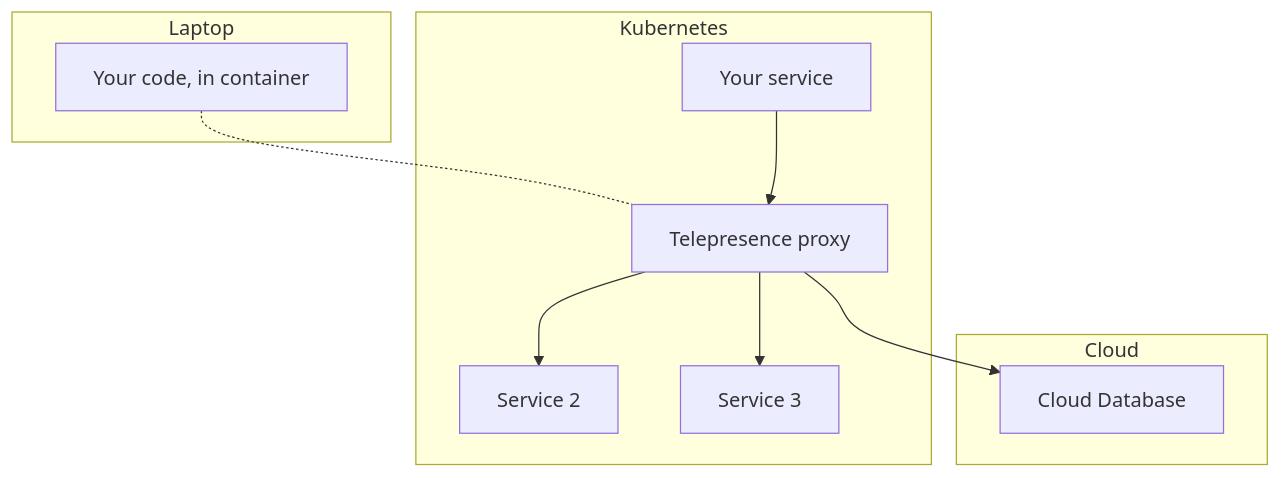
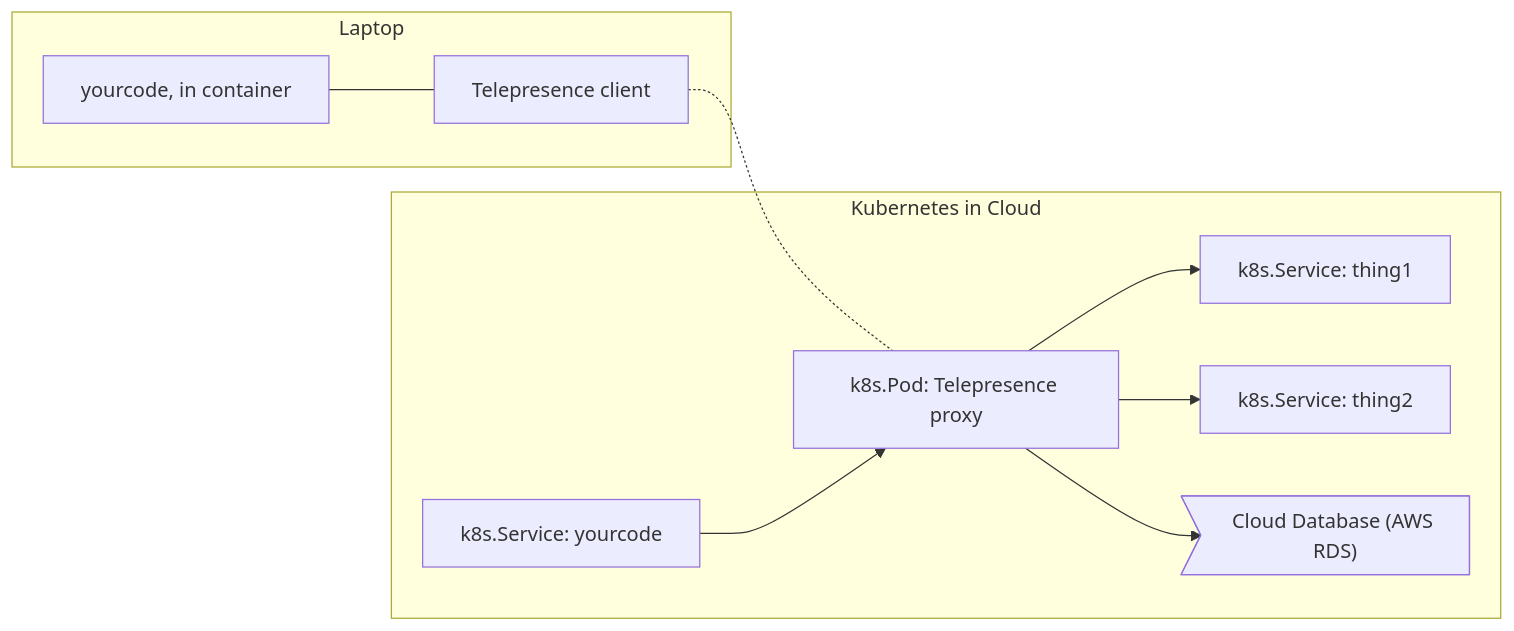
The second of 2 diagrams in index.md (telepresenceio/telepresence.io), drawn with Mermaid before and after one commit. The commit also changed other lines of this file, not shown here.

```diff
--- a/index.md
+++ b/index.md
@@ -20,15 +21,13 @@
 <div class="mermaid">
-graph TD
+graph LR
   subgraph Laptop
-    code[Your code, in container]
+    code["yourcode, in container"]---client[Telepresence client]
   end
-  subgraph Kubernetes
-    code-.-proxy[Telepresence proxy]
-    s1[Your service]-->proxy
-    proxy-->s2[Service 2]
-    proxy-->s3[Service 3]
-  end
-  subgraph Cloud
-    proxy-->c1[Cloud Database]
+  subgraph Kubernetes in Cloud
+    client-.-proxy["k8s.Pod: Telepresence proxy"]
+    s1["k8s.Service: yourcode"]-->proxy
+    proxy-->s2["k8s.Service: thing1"]
+    proxy-->s3["k8s.Service: thing2"]
+    proxy-->c1>"Cloud Database (AWS RDS)"]
   end
 </div>
```
